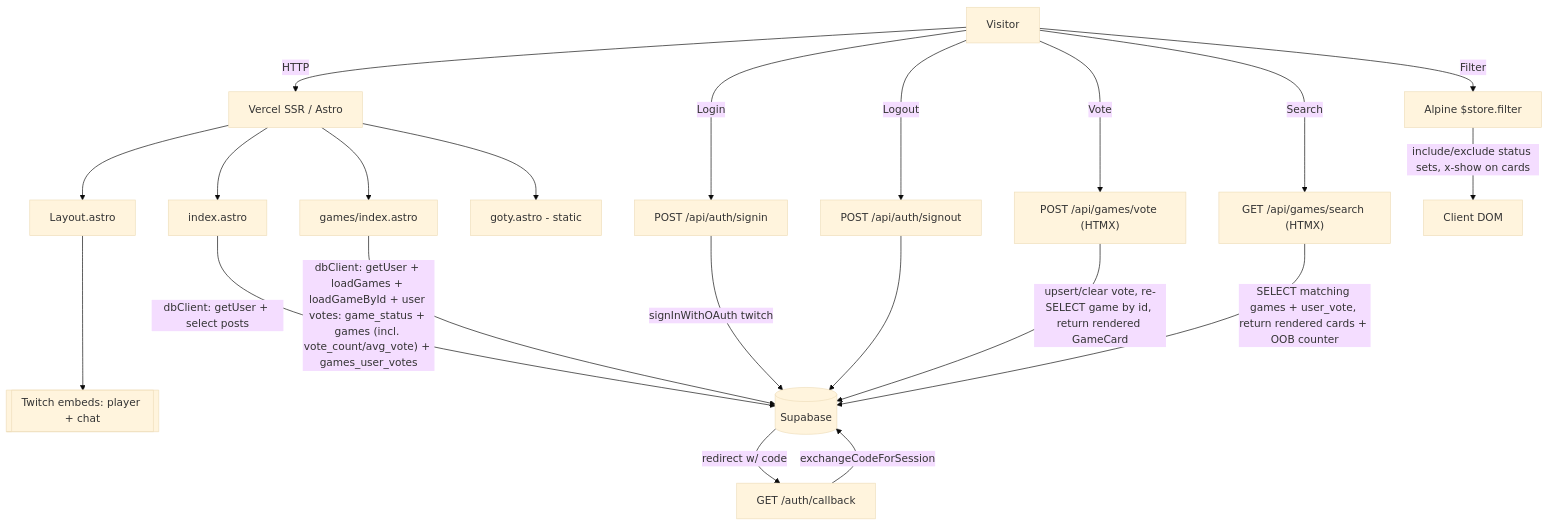
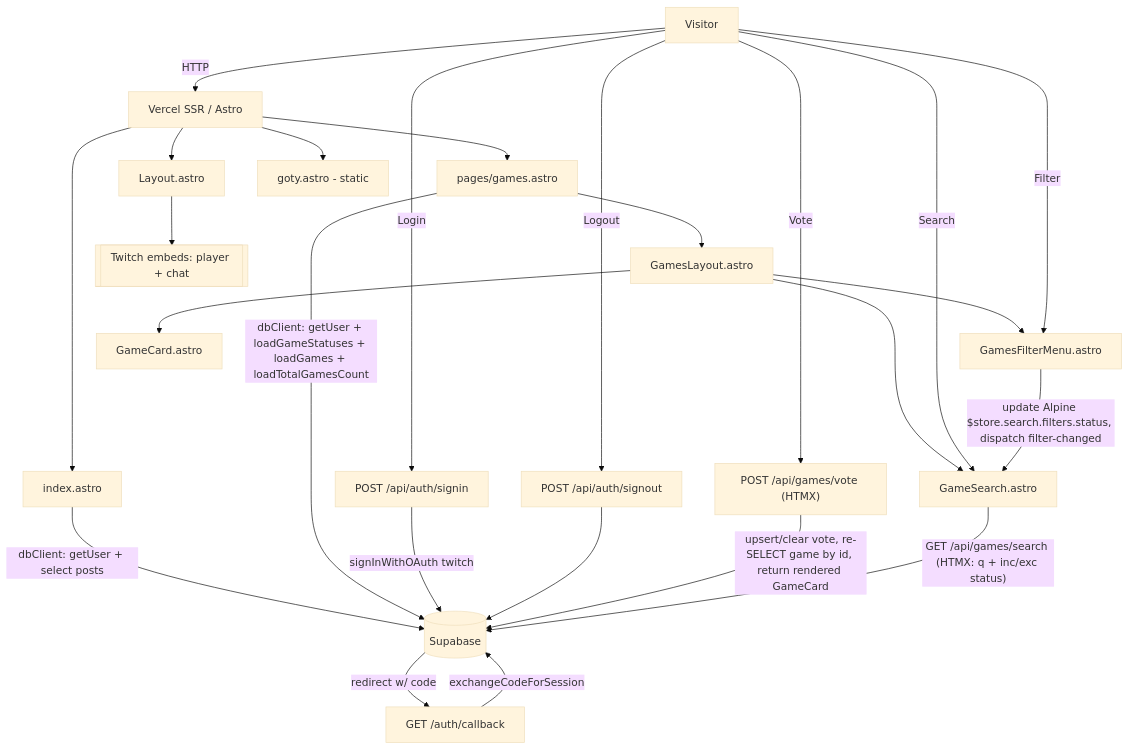
Before and after one commit to danygq/knekro-hub: the diagram in ARCHITECTURE.md, drawn with Mermaid (base theme). The commit also changed other lines of this file and 7 other files, not shown here.

First line of the commit message:
docs: update documentation for games library, search, filtering, and vote flow

````diff
--- a/ARCHITECTURE.md
+++ b/ARCHITECTURE.md
@@ -18,17 +18,20 @@
 ```mermaid
 flowchart TD
     U[Visitor] -->|HTTP| V["Vercel SSR / Astro"]
     V --> L["Layout.astro"]
     V --> Pi["index.astro"] -->|" dbClient: getUser + select posts "| SB[(Supabase)]
-    V --> Pg["games/index.astro"]
-    Pg -->|" dbClient: getUser + loadGames + loadGameById + user votes: game_status + games (incl. vote_count/avg_vote) + games_user_votes "| SB
+    V --> Pg["pages/games.astro"]
+    Pg -->|" dbClient: getUser + loadGameStatuses + loadGames + loadTotalGamesCount "| SB
+    Pg --> GL["GamesLayout.astro"]
+    GL --> GFM["GamesFilterMenu.astro"]
+    GL --> GS["GameSearch.astro"]
+    GL --> GC["GameCard.astro"]
     V --> Pgo["goty.astro - static"]
     U -->|Login| AS["POST /api/auth/signin"] -->|" signInWithOAuth twitch "| SB
     SB -->|" redirect w/ code "| CB["GET /auth/callback"] -->|exchangeCodeForSession| SB
     U -->|Logout| AO["POST /api/auth/signout"] --> SB
     U -->|Vote| PV["POST /api/games/vote (HTMX)"] -->|" upsert/clear vote, re-SELECT game by id, return rendered GameCard "| SB
-    U -->|Search| SE["GET /api/games/search (HTMX)"] -->|" SELECT matching games + user_vote, return rendered cards + OOB counter "| SB
-    U -->|Filter| AF["Alpine $store.filter"] -->|" include/exclude status sets, x-show on cards "| CD[Client DOM]
+    U -->|Search| GS -->|" GET /api/games/search (HTMX: q + inc/exc status) "| SB
+    U -->|Filter| GFM -->|" update Alpine $store.search.filters.status, dispatch filter-changed "| GS
     L --> TW[[Twitch embeds: player + chat]]
-
 ```
````
